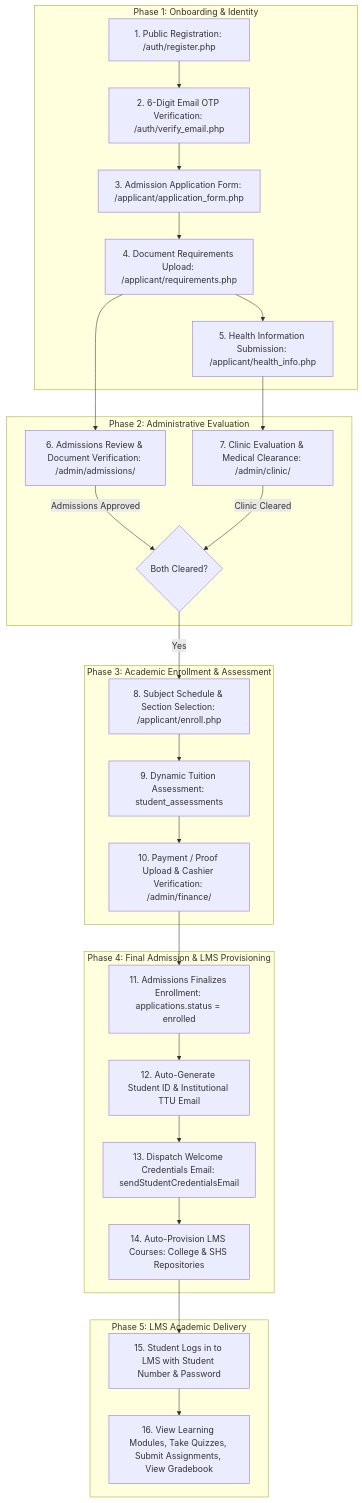
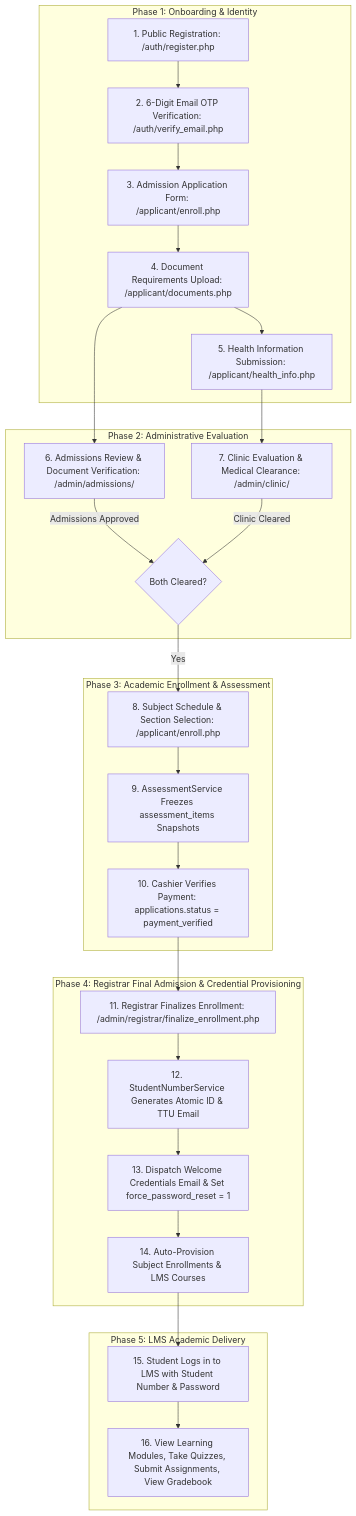
Before and after one commit to enujdanielle6-web/TTU_enrollment_system: the diagram in docs/obsidian/03 - Workflows/Student Lifecycle Workflow.md, drawn with Mermaid. The commit also changed 93 other files, not shown here.

````diff
--- a/docs/obsidian/03 - Workflows/Student Lifecycle Workflow.md
+++ b/docs/obsidian/03 - Workflows/Student Lifecycle Workflow.md
@@ -9,34 +9,34 @@
 ```mermaid
 flowchart TD
     subgraph Phase 1: Onboarding & Identity
         A1[1. Public Registration: /auth/register.php] --> A2[2. 6-Digit Email OTP Verification: /auth/verify_email.php]
-        A2 --> A3[3. Admission Application Form: /applicant/application_form.php]
-        A3 --> A4[4. Document Requirements Upload: /applicant/requirements.php]
+        A2 --> A3[3. Admission Application Form: /applicant/enroll.php]
+        A3 --> A4[4. Document Requirements Upload: /applicant/documents.php]
         A4 --> A5[5. Health Information Submission: /applicant/health_info.php]
     end
 
     subgraph Phase 2: Administrative Evaluation
         A4 --> B1[6. Admissions Review & Document Verification: /admin/admissions/]
         A5 --> B2[7. Clinic Evaluation & Medical Clearance: /admin/clinic/]
         B1 -->|Admissions Approved| C1{Both Cleared?}
         B2 -->|Clinic Cleared| C1
     end
 
     subgraph Phase 3: Academic Enrollment & Assessment
         C1 -->|Yes| D1[8. Subject Schedule & Section Selection: /applicant/enroll.php]
-        D1 --> D2[9. Dynamic Tuition Assessment: student_assessments]
-        D2 --> D3[10. Payment / Proof Upload & Cashier Verification: /admin/finance/]
+        D1 --> D2[9. AssessmentService Freezes assessment_items Snapshots]
+        D2 --> D3[10. Cashier Verifies Payment: applications.status = payment_verified]
     end
 
-    subgraph Phase 4: Final Admission & LMS Provisioning
-        D3 --> E1[11. Admissions Finalizes Enrollment: applications.status = enrolled]
-        E1 --> E2[12. Auto-Generate Student ID & Institutional TTU Email]
-        E2 --> E3[13. Dispatch Welcome Credentials Email: sendStudentCredentialsEmail]
-        E3 --> E4[14. Auto-Provision LMS Courses: College & SHS Repositories]
+    subgraph Phase 4: Registrar Final Admission & Credential Provisioning
+        D3 --> E1[11. Registrar Finalizes Enrollment: /admin/registrar/finalize_enrollment.php]
+        E1 --> E2[12. StudentNumberService Generates Atomic ID & TTU Email]
+        E2 --> E3[13. Dispatch Welcome Credentials Email & Set force_password_reset = 1]
+        E3 --> E4[14. Auto-Provision Subject Enrollments & LMS Courses]
     end
 
     subgraph Phase 5: LMS Academic Delivery
         E4 --> F1[15. Student Logs in to LMS with Student Number & Password]
         F1 --> F2[16. View Learning Modules, Take Quizzes, Submit Assignments, View Gradebook]
     end
 ```
````
